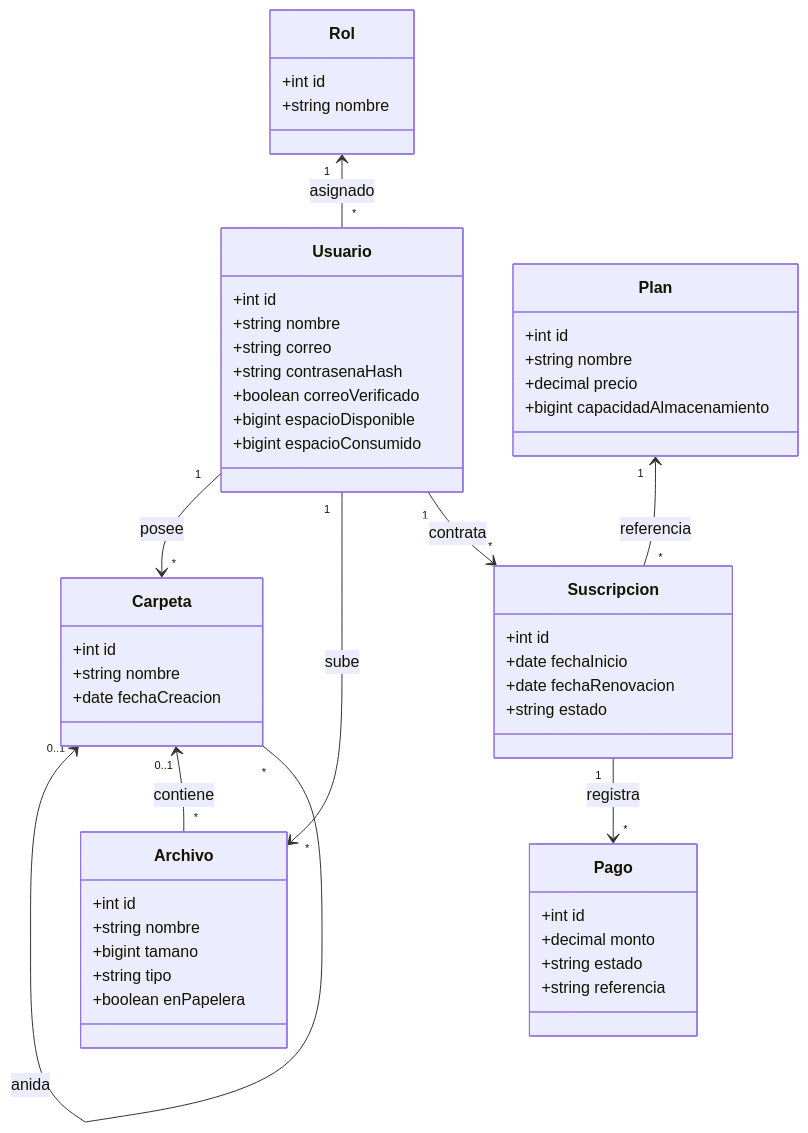
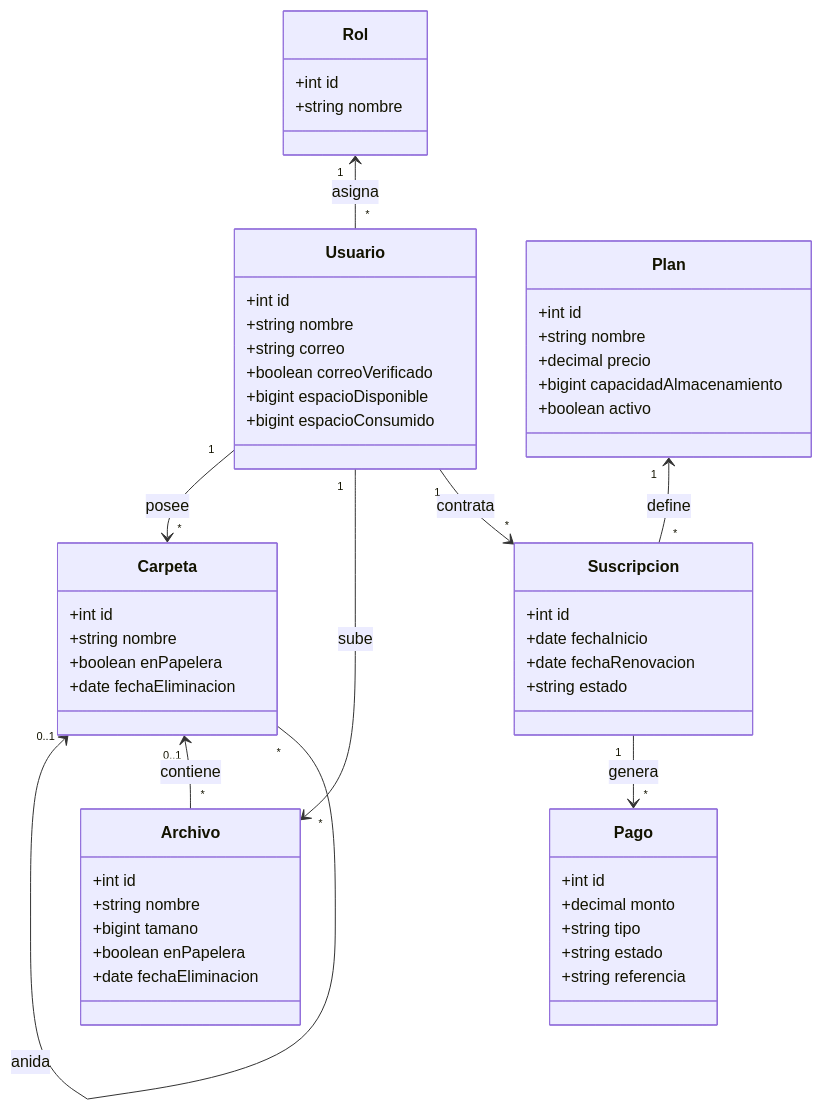
The seventh of 15 diagrams in docs/DOCUMENTACION_PROYECTO.md (JFernn4/Servicio-de-Almacenamiento), drawn with Mermaid before and after one commit. The commit also changed other lines of this file and 8 other files, not shown here.

````diff
--- a/docs/DOCUMENTACION_PROYECTO.md
+++ b/docs/DOCUMENTACION_PROYECTO.md
@@ -285,56 +382,58 @@
 ```mermaid
 classDiagram
     direction TD
     class Rol {
         +int id
         +string nombre
     }
     class Usuario {
         +int id
         +string nombre
         +string correo
-        +string contrasenaHash
         +boolean correoVerificado
         +bigint espacioDisponible
         +bigint espacioConsumido
     }
     class Carpeta {
         +int id
         +string nombre
-        +date fechaCreacion
+        +boolean enPapelera
+        +date fechaEliminacion
     }
     class Archivo {
         +int id
         +string nombre
         +bigint tamano
-        +string tipo
         +boolean enPapelera
+        +date fechaEliminacion
     }
     class Plan {
         +int id
         +string nombre
         +decimal precio
         +bigint capacidadAlmacenamiento
+        +boolean activo
     }
     class Suscripcion {
         +int id
         +date fechaInicio
         +date fechaRenovacion
         +string estado
     }
     class Pago {
         +int id
         +decimal monto
+        +string tipo
         +string estado
         +string referencia
     }
 
-    Rol "1" <-- "*" Usuario : asignado
+    Rol "1" <-- "*" Usuario : asigna
     Usuario "1" --> "*" Carpeta : posee
     Carpeta "0..1" <-- "*" Carpeta : anida
     Usuario "1" --> "*" Archivo : sube
     Carpeta "0..1" <-- "*" Archivo : contiene
     Usuario "1" --> "*" Suscripcion : contrata
-    Plan "1" <-- "*" Suscripcion : referencia
-    Suscripcion "1" --> "*" Pago : registra
+    Plan "1" <-- "*" Suscripcion : define
+    Suscripcion "1" --> "*" Pago : genera
 ```
````
